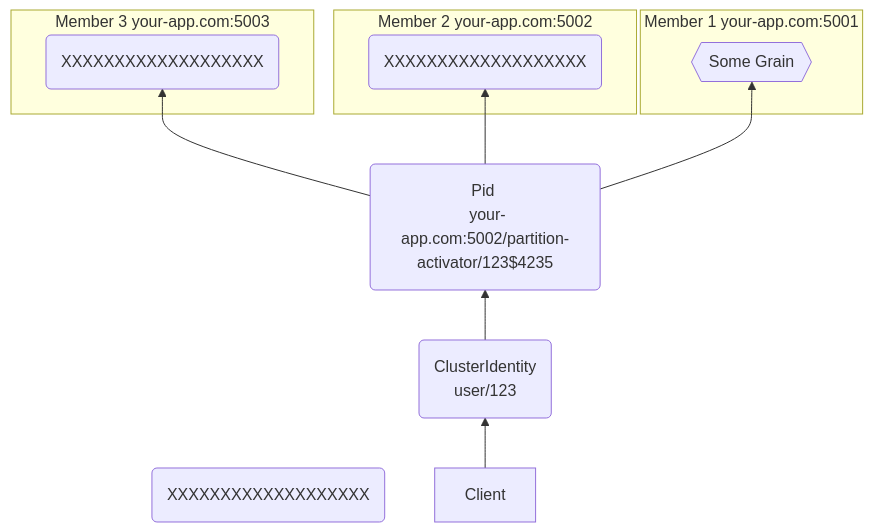
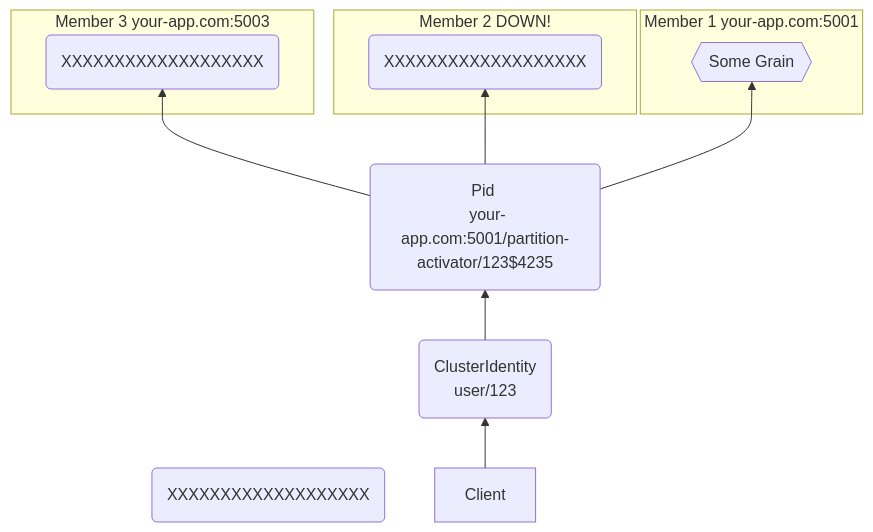
The third of 3 diagrams in hugo/content/docs/cluster.md (asynkron/protoactor-website), drawn with Mermaid before and after one commit.

Commit message:
real diagrams

````diff
--- a/hugo/content/docs/cluster.md
+++ b/hugo/content/docs/cluster.md
@@ -125,28 +125,28 @@
 ```mermaid
 graph BT;
     empty1(XXXXXXXXXXXXXXXXXXX)
     empty2(XXXXXXXXXXXXXXXXXXX)
     empty3(XXXXXXXXXXXXXXXXXXX)
 
     ClusterIdentity(ClusterIdentity <br/> user/123)
-    Pid(Pid <br/> your-app.com:5002/partition-activator/123$4235)
+    Pid(Pid <br/> your-app.com:5001/partition-activator/123$4235)
     Grain{{Some Grain}}
 
     subgraph "Member 1 your-app.com:5001"
         Grain
     end
-    subgraph "Member 2 your-app.com:5002"
+    subgraph "Member 2 DOWN!"
         empty2
     end
     subgraph "Member 3 your-app.com:5003"
         empty3
     end
 
 
 Client --> ClusterIdentity
 ClusterIdentity --> Pid
 Pid --> Grain
 Pid --> empty2
 Pid --> empty3
 
 ```
````
